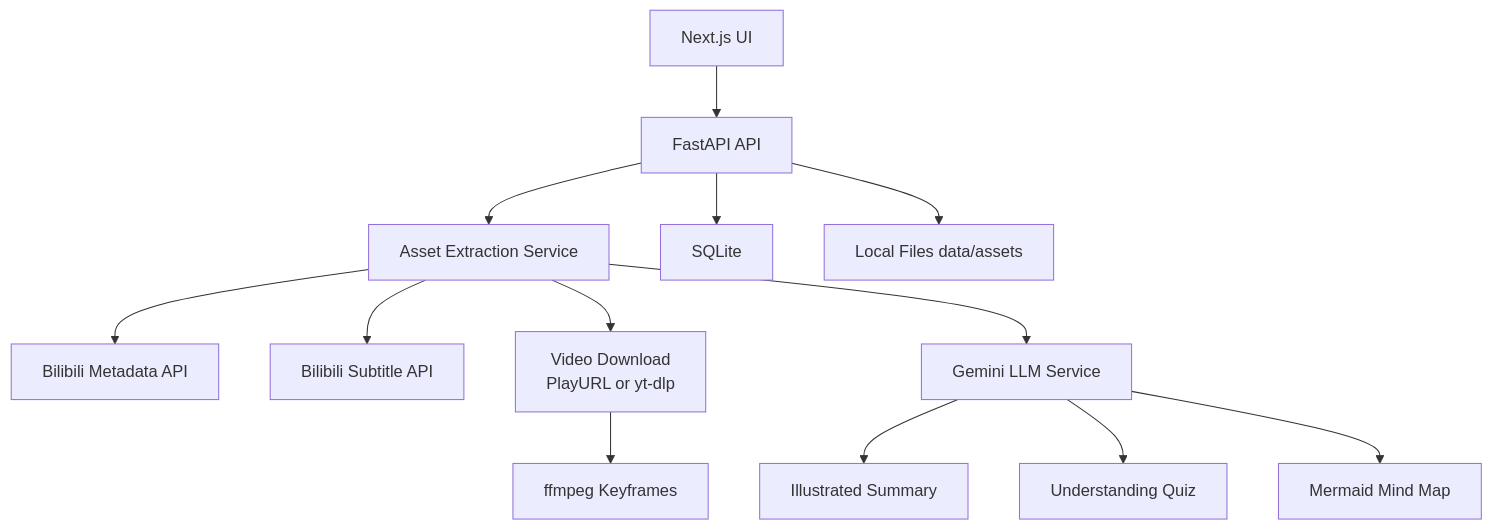
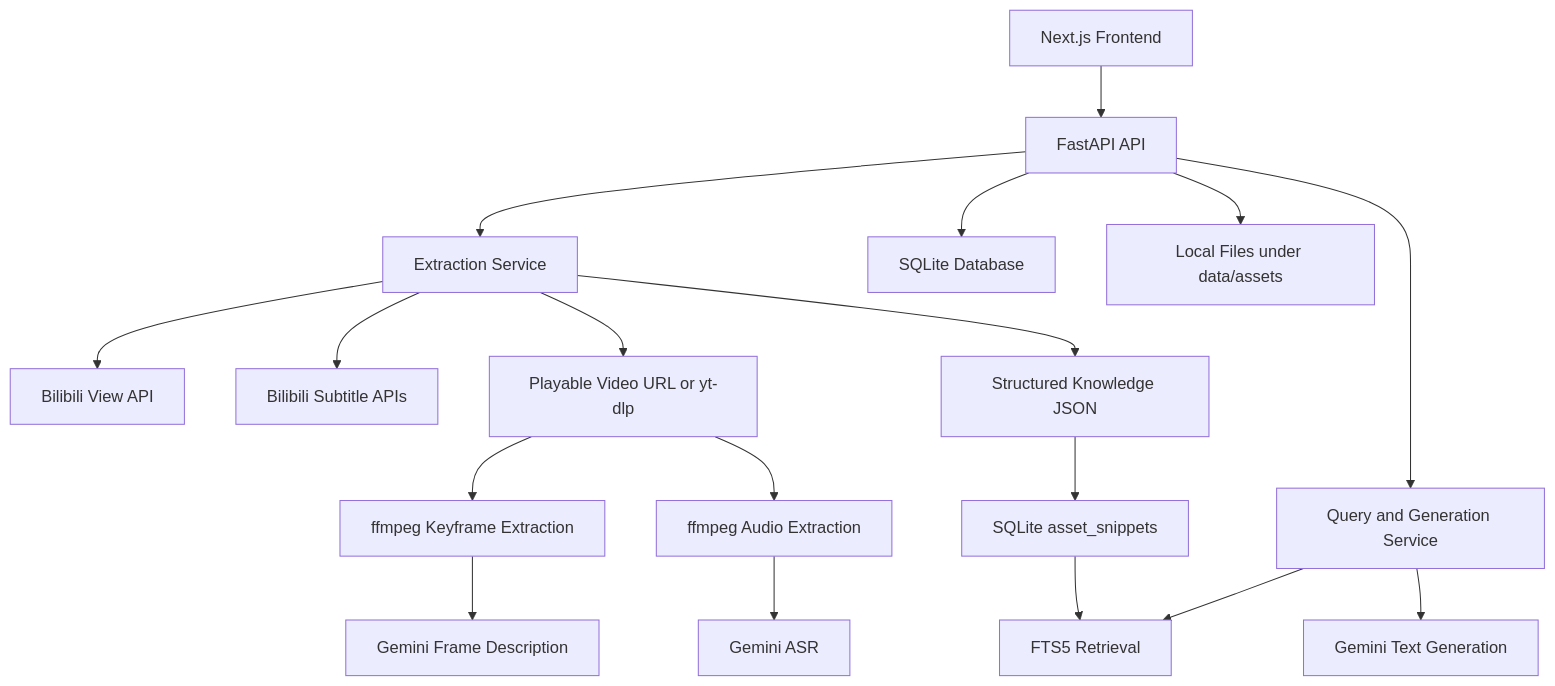
One commit to HanmingXiong/bili-knowledge-asset changed the diagram in README.md. Above: the diagram before and after it, drawn with Mermaid. The commit also changed other lines of this file and 32 other files, not shown here.

````diff
--- a/README.md
+++ b/README.md
@@ -46,15 +46,20 @@
 ```mermaid
 flowchart TD
-    A[Next.js UI] --> B[FastAPI API]
-    B --> C[Asset Extraction Service]
-    C --> D[Bilibili Metadata API]
-    C --> E[Bilibili Subtitle API]
-    C --> F[Video Download<br/>PlayURL or yt-dlp]
-    F --> G[ffmpeg Keyframes]
-    C --> H[Gemini LLM Service]
-    B --> I[SQLite]
-    B --> J[Local Files data/assets]
-    H --> K[Illustrated Summary]
-    H --> L[Understanding Quiz]
-    H --> M[Mermaid Mind Map]
+    A[Next.js Frontend] --> B[FastAPI API]
+    B --> C[Extraction Service]
+    B --> D[Query and Generation Service]
+    C --> E[Bilibili View API]
+    C --> F[Bilibili Subtitle APIs]
+    C --> G[Playable Video URL or yt-dlp]
+    G --> H[ffmpeg Keyframe Extraction]
+    G --> I[ffmpeg Audio Extraction]
+    H --> J[Gemini Frame Description]
+    I --> K[Gemini ASR]
+    C --> L[Structured Knowledge JSON]
+    L --> M[SQLite asset_snippets]
+    M --> N[FTS5 Retrieval]
+    D --> N
+    D --> O[Gemini Text Generation]
+    B --> P[SQLite Database]
+    B --> Q[Local Files under data/assets]
 ```
````
